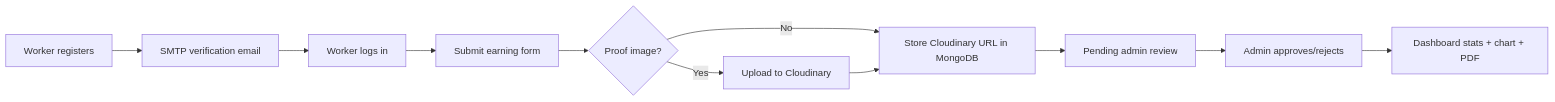
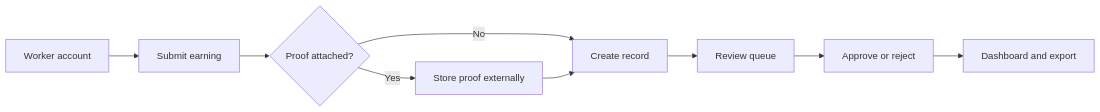
Before and after one commit to aswab007-ops/RozGo: the diagram in README.md, drawn with Mermaid. The commit also changed other lines of this file and 1 other file, not shown here.

````diff
--- a/README.md
+++ b/README.md
@@ -126,13 +105,11 @@
 ```mermaid
 flowchart LR
-  A[Worker registers] --> B[SMTP verification email]
-  B --> C[Worker logs in]
-  C --> D[Submit earning form]
-  D --> E{Proof image?}
-  E -->|Yes| F[Upload to Cloudinary]
-  E -->|No| G[Create earning]
-  F --> G[Store Cloudinary URL in MongoDB]
-  G --> H[Pending admin review]
-  H --> I[Admin approves/rejects]
-  I --> J[Dashboard stats + chart + PDF]
+  A[Worker account] --> B[Submit earning]
+  B --> C{Proof attached?}
+  C -->|Yes| D[Store proof externally]
+  C -->|No| E[Create record]
+  D --> E
+  E --> F[Review queue]
+  F --> G[Approve or reject]
+  G --> H[Dashboard and export]
 ```
````
